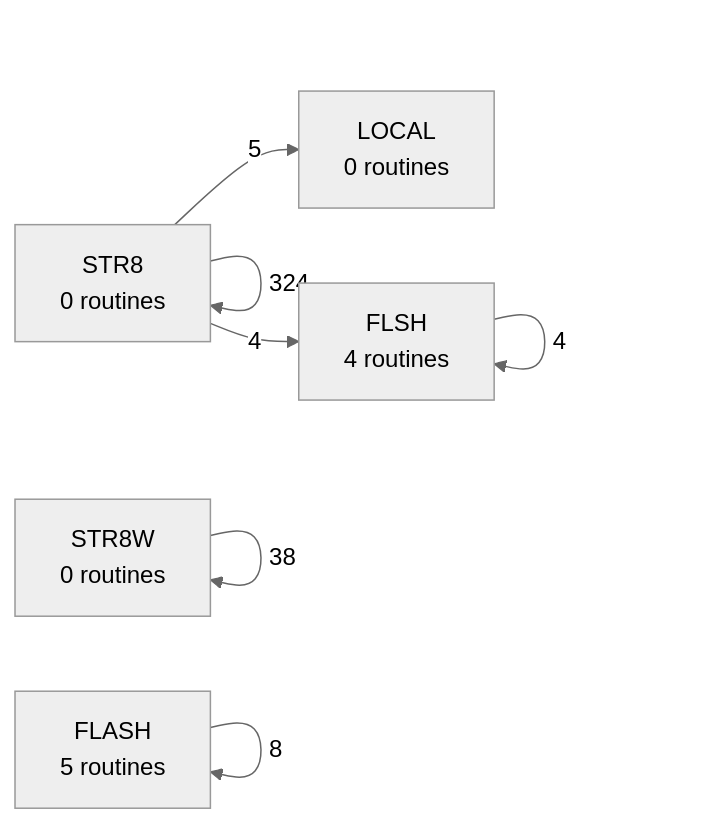
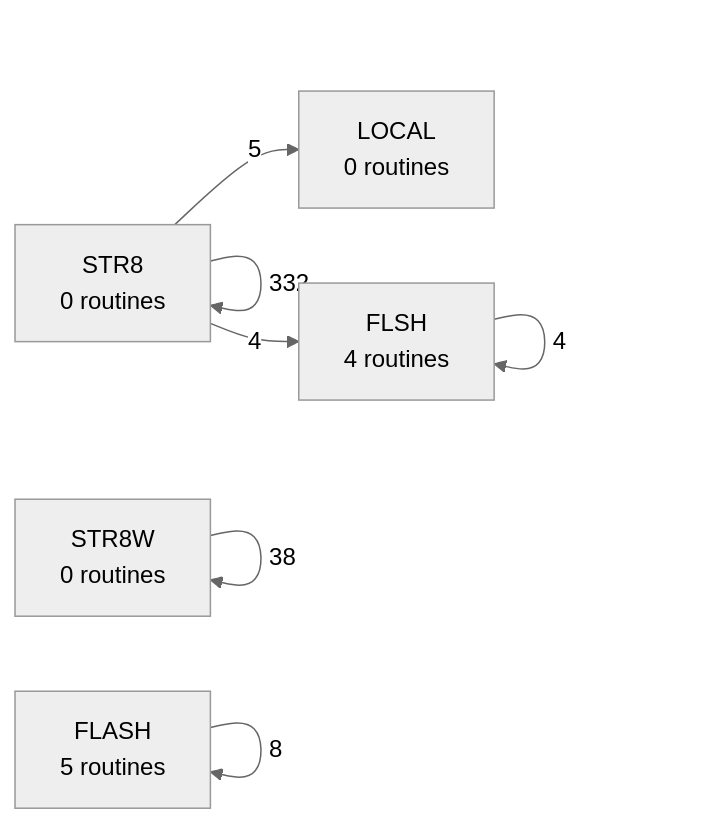
One commit to 95westus/R-YORS changed the fifth of 6 diagrams in DOC/GENERATED/ROUTINE_PREFIX_MAP.md. Above: the diagram before and after it, drawn with Mermaid (neutral theme). The commit also changed other lines of this file and 24 other files, not shown here.

````diff
--- a/DOC/GENERATED/ROUTINE_PREFIX_MAP.md
+++ b/DOC/GENERATED/ROUTINE_PREFIX_MAP.md
@@ -79,9 +79,9 @@
 ```mermaid
 flowchart LR
-    P_STR8["STR8<br/>0 routines"] -->|324| P_STR8["STR8<br/>0 routines"]
+    P_STR8["STR8<br/>0 routines"] -->|332| P_STR8["STR8<br/>0 routines"]
     P_STR8W["STR8W<br/>0 routines"] -->|38| P_STR8W["STR8W<br/>0 routines"]
     P_FLASH["FLASH<br/>5 routines"] -->|8| P_FLASH["FLASH<br/>5 routines"]
     P_STR8["STR8<br/>0 routines"] -->|5| P_LOCAL["LOCAL<br/>0 routines"]
     P_FLSH["FLSH<br/>4 routines"] -->|4| P_FLSH["FLSH<br/>4 routines"]
     P_STR8["STR8<br/>0 routines"] -->|4| P_FLSH["FLSH<br/>4 routines"]
 ```
````
